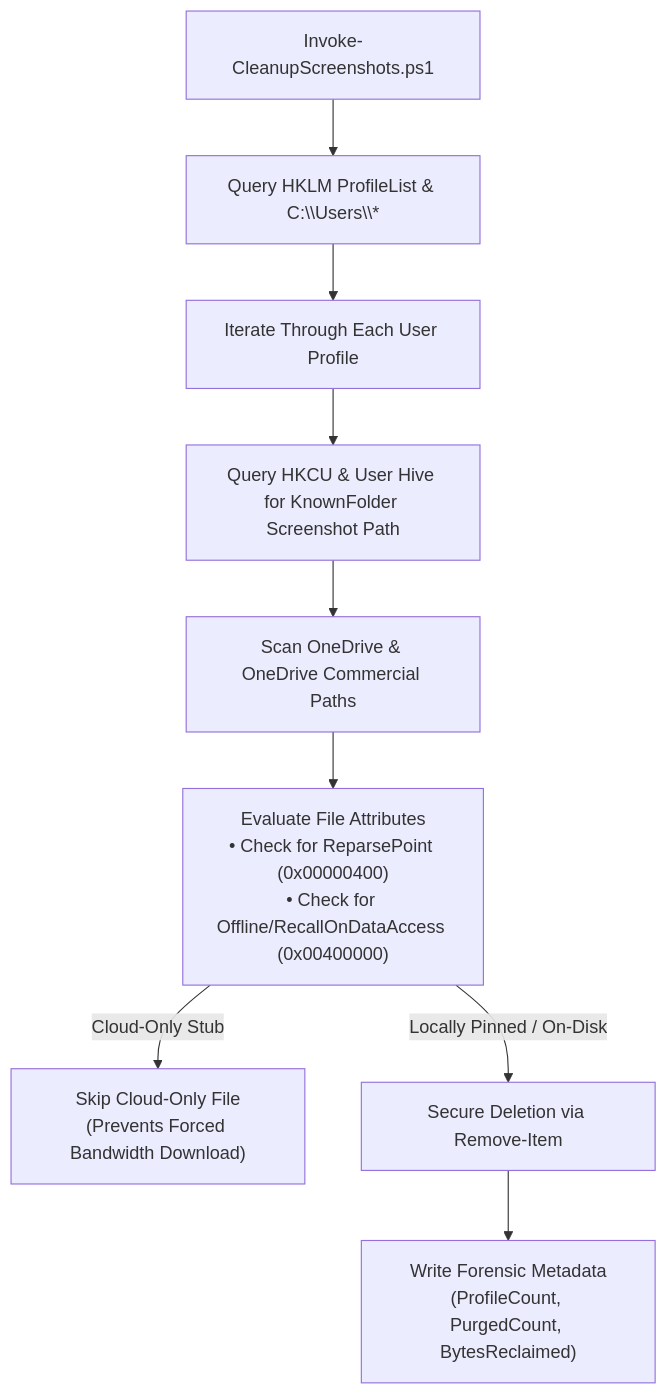
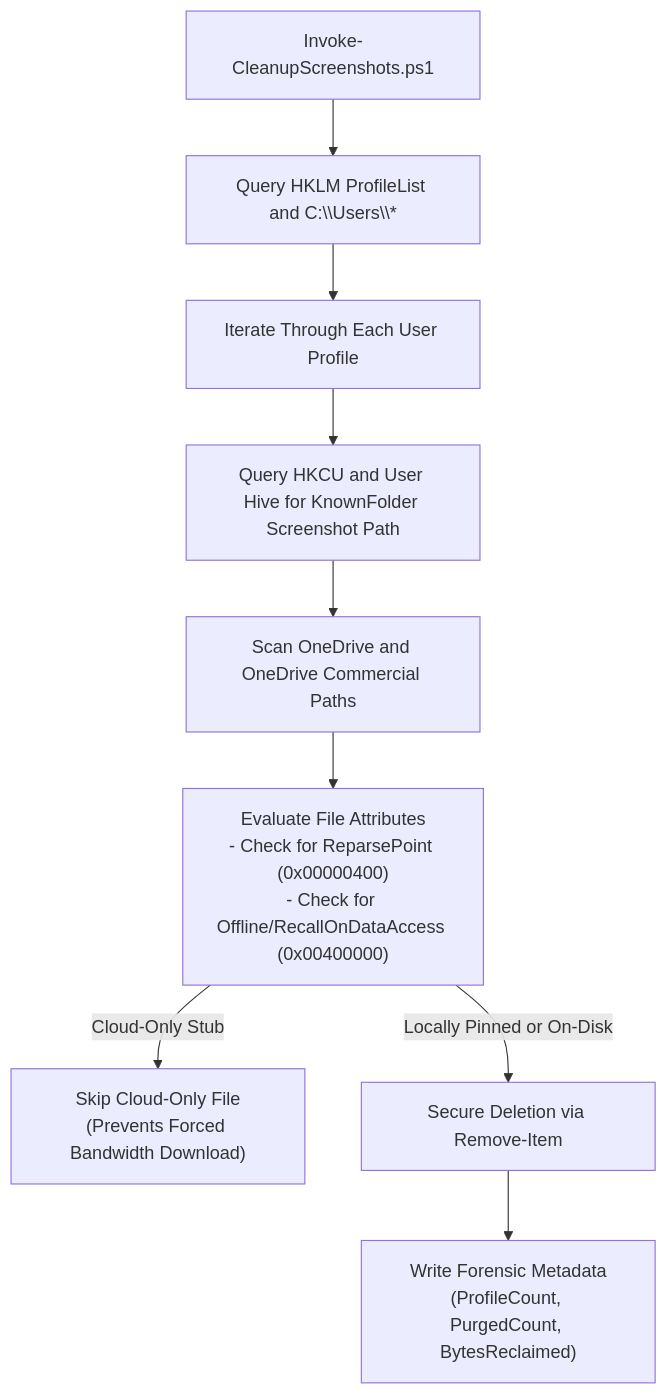
One commit to isora-cloud-group/Isora-Sentinel changed the fourth of 4 diagrams in docs/ARCHITECTURE.md. Above: the diagram before and after it, drawn with Mermaid. The commit also changed other lines of this file and 2 other files, not shown here.

Commit message:
docs: add SIEM integration and architecture documentation alongside README updates

````diff
--- a/docs/ARCHITECTURE.md
+++ b/docs/ARCHITECTURE.md
@@ -147,11 +148,11 @@
 ```mermaid
 flowchart TD
-    Start["Invoke-CleanupScreenshots.ps1"] --> Discover["Query HKLM ProfileList & C:\\Users\\*"]
+    Start["Invoke-CleanupScreenshots.ps1"] --> Discover["Query HKLM ProfileList and C:\\Users\\*"]
     Discover --> LoopProfiles["Iterate Through Each User Profile"]
-    LoopProfiles --> CheckRegistry["Query HKCU & User Hive for KnownFolder Screenshot Path"]
-    CheckRegistry --> CheckOneDrive["Scan OneDrive & OneDrive Commercial Paths"]
-    CheckOneDrive --> FilterReparse["Evaluate File Attributes\n• Check for ReparsePoint (0x00000400)\n• Check for Offline/RecallOnDataAccess (0x00400000)"]
+    LoopProfiles --> CheckRegistry["Query HKCU and User Hive for KnownFolder Screenshot Path"]
+    CheckRegistry --> CheckOneDrive["Scan OneDrive and OneDrive Commercial Paths"]
+    CheckOneDrive --> FilterReparse["Evaluate File Attributes\n- Check for ReparsePoint (0x00000400)\n- Check for Offline/RecallOnDataAccess (0x00400000)"]
     FilterReparse -->|Cloud-Only Stub| Skip["Skip Cloud-Only File\n(Prevents Forced Bandwidth Download)"]
-    FilterReparse -->|Locally Pinned / On-Disk| Purge["Secure Deletion via Remove-Item"]
+    FilterReparse -->|Locally Pinned or On-Disk| Purge["Secure Deletion via Remove-Item"]
     Purge --> LogEntry["Write Forensic Metadata\n(ProfileCount, PurgedCount, BytesReclaimed)"]
 ```
````
